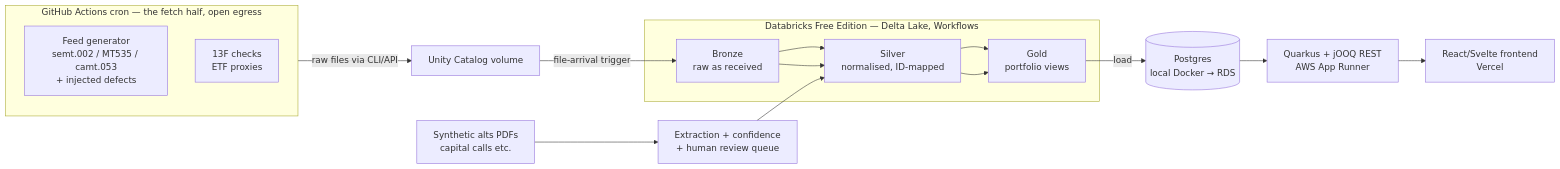
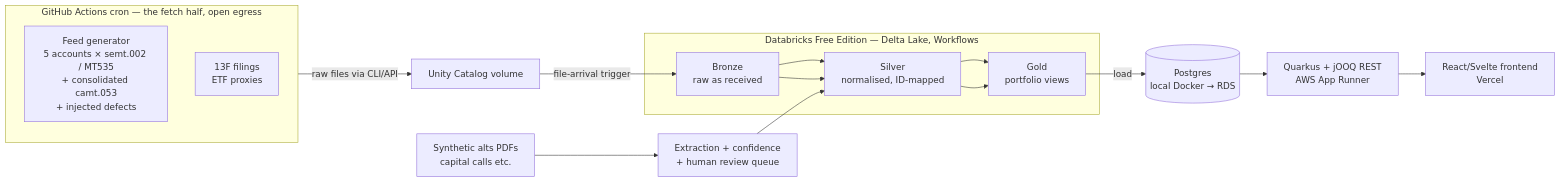
One commit to ambarshukla/parvum changed the diagram in README.md. Above: the diagram before and after it, drawn with Mermaid. The commit also changed 19 other files, not shown here.

````diff
--- a/README.md
+++ b/README.md
@@ -17,18 +17,18 @@
 ```mermaid
 flowchart LR
     subgraph GHA [GitHub Actions cron — the fetch half, open egress]
-        FG[Feed generator<br/>semt.002 / MT535 / camt.053<br/>+ injected defects]
-        EX[13F checks<br/>ETF proxies]
+        FG[Feed generator<br/>5 accounts × semt.002 / MT535<br/>+ consolidated camt.053<br/>+ injected defects]
+        EX[13F filings<br/>ETF proxies]
     end
     GHA -->|raw files via CLI/API| UC[Unity Catalog volume]
     UC -->|file-arrival trigger| B[Bronze<br/>raw as received]
     B --> S[Silver<br/>normalised, ID-mapped]
     S --> G[Gold<br/>portfolio views]
     subgraph DBX [Databricks Free Edition — Delta Lake, Workflows]
         B --> S --> G
     end
     G -->|load| PG[(Postgres<br/>local Docker → RDS)]
     PG --> API[Quarkus + jOOQ REST<br/>AWS App Runner]
     API --> FE[React/Svelte frontend<br/>Vercel]
     PDF[Synthetic alts PDFs<br/>capital calls etc.] --> HITL[Extraction + confidence<br/>+ human review queue] --> S
 ```
````
